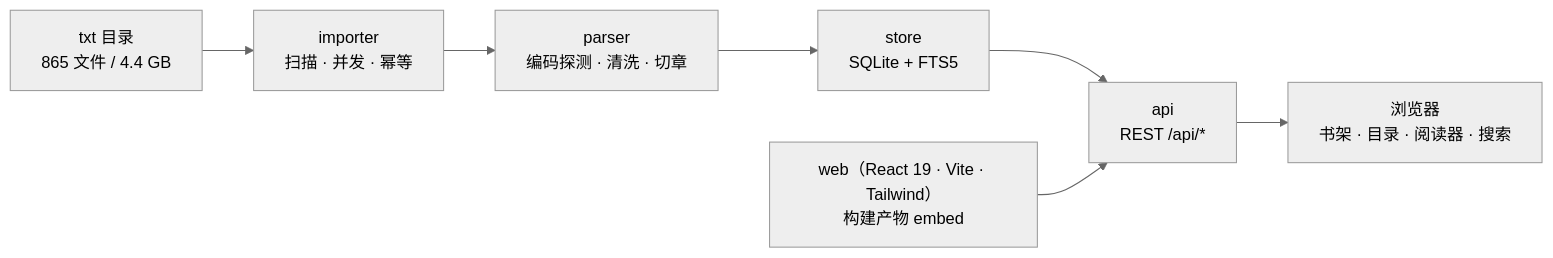
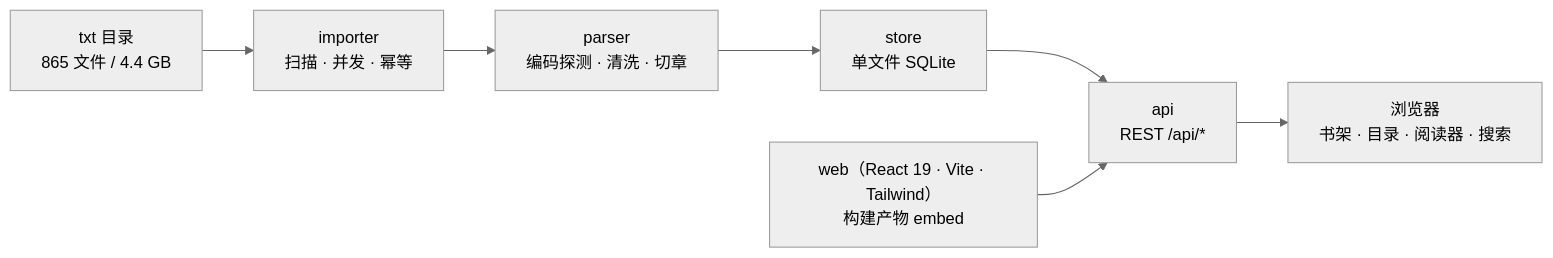
Before and after one commit to baosfeng/norvels: the first of 2 diagrams in README.md, drawn with Mermaid (neutral theme). The commit also changed other lines of this file and 9 other files, not shown here.

````diff
--- a/README.md
+++ b/README.md
@@ -19,9 +19,9 @@
 ```mermaid
 flowchart LR
   A["txt 目录<br/>865 文件 / 4.4 GB"] --> B["importer<br/>扫描 · 并发 · 幂等"]
   B --> C["parser<br/>编码探测 · 清洗 · 切章"]
-  C --> D["store<br/>SQLite + FTS5"]
+  C --> D["store<br/>单文件 SQLite"]
   D --> E["api<br/>REST /api/*"]
   F["web（React 19 · Vite · Tailwind）<br/>构建产物 embed"] --> E
   E --> G["浏览器<br/>书架 · 目录 · 阅读器 · 搜索"]
 ```
````
